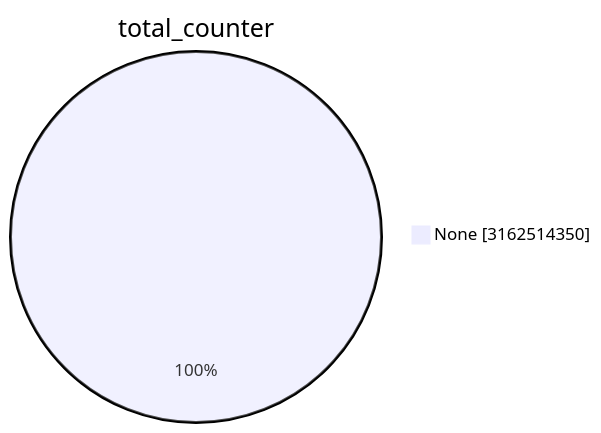
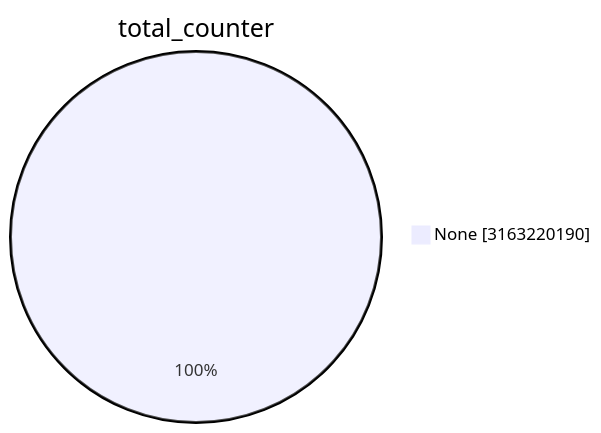
The first of 15 diagrams in TOTAL/README.md (christiankrug/ctmonitor_visualization), drawn with Mermaid before and after one commit. The commit also changed other lines of this file, not shown here.

````diff
--- a/TOTAL/README.md
+++ b/TOTAL/README.md
@@ -1,5 +1,5 @@
 ```mermaid
 pie showData
 title total_counter
-"None" :3162514350
+"None" :3163220190
 ```
````
